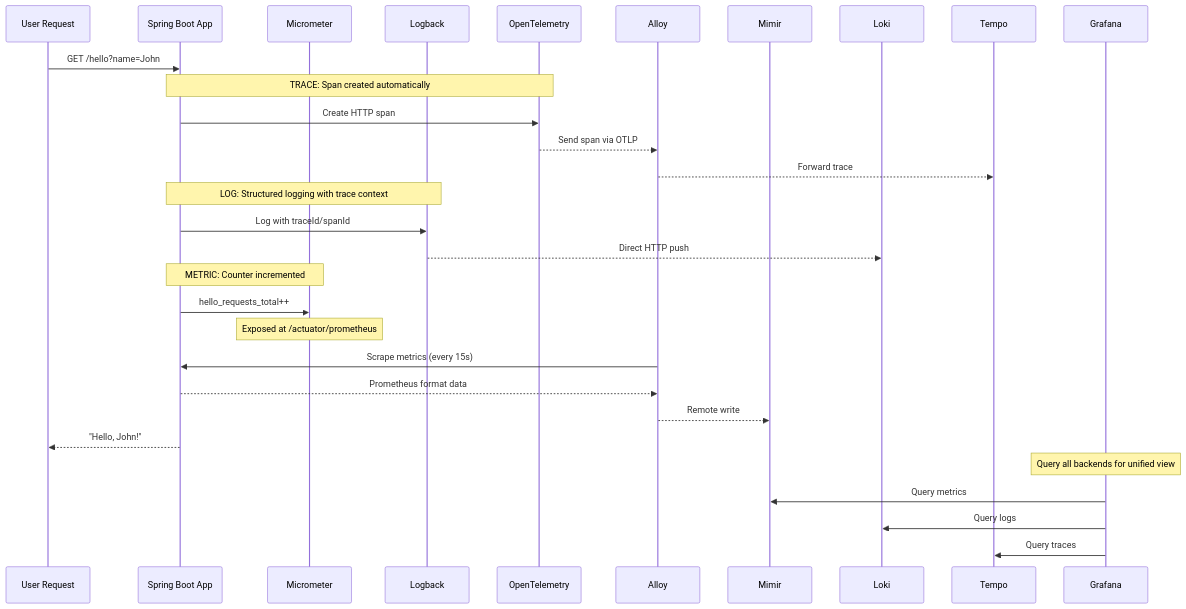
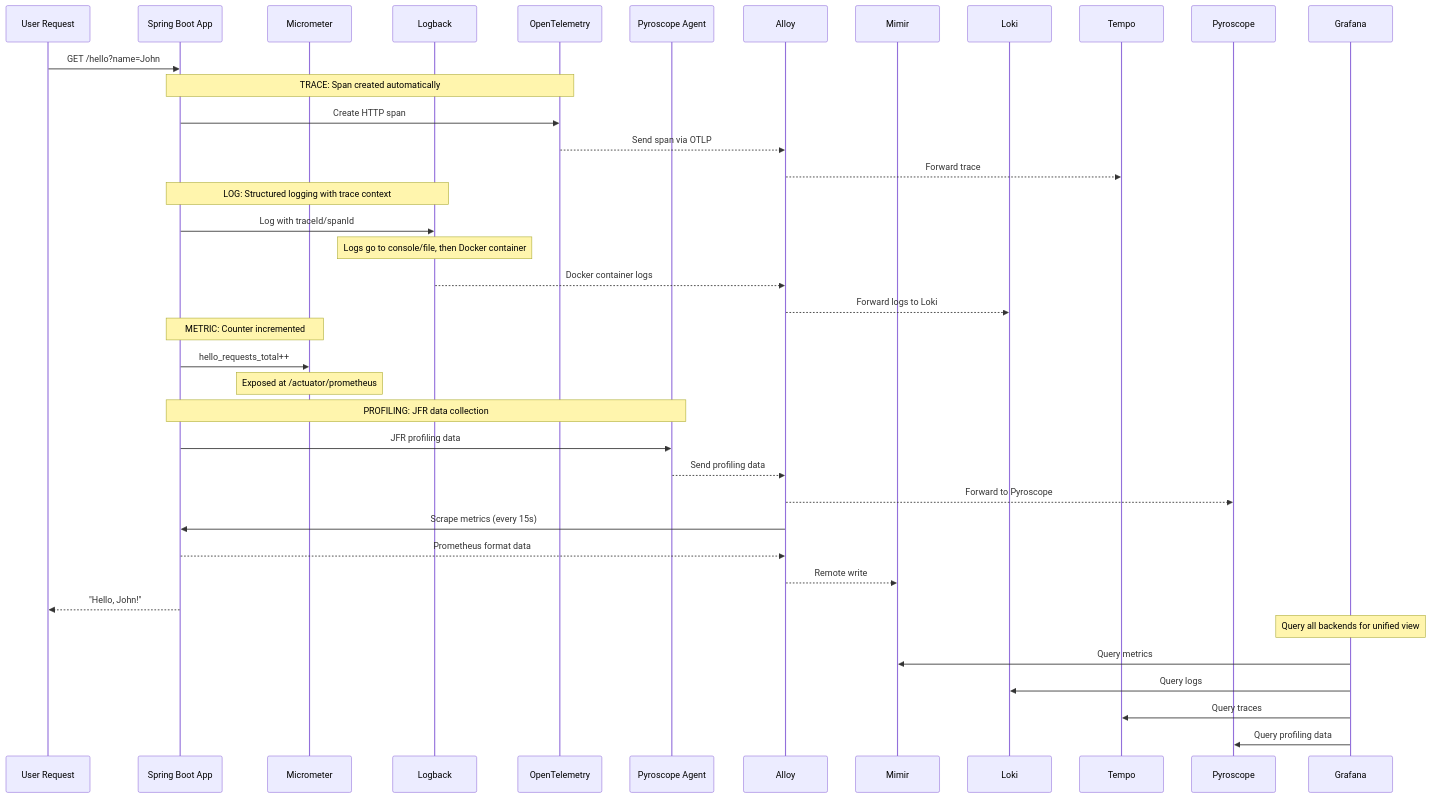
Before and after one commit to ali-v-1985/observability-example: the second of 2 diagrams in docs/observability-architecture.md, drawn with Mermaid. The commit also changed other lines of this file and 21 other files, not shown here.

First line of the commit message:
Update observability architecture and documentation

````diff
--- a/docs/observability-architecture.md
+++ b/docs/observability-architecture.md
@@ -35,39 +44,49 @@
 ```mermaid
 sequenceDiagram
     participant U as User Request
     participant A as Spring Boot App
     participant M as Micrometer
     participant L as Logback
     participant O as OpenTelemetry
+    participant P as Pyroscope Agent
     participant AL as Alloy
     participant MI as Mimir
     participant LO as Loki  
     participant T as Tempo
+    participant PY as Pyroscope
     participant G as Grafana
 
     U->>A: GET /hello?name=John
     
     Note over A,O: TRACE: Span created automatically
     A->>O: Create HTTP span
     O-->>AL: Send span via OTLP
     AL-->>T: Forward trace
     
     Note over A,L: LOG: Structured logging with trace context
     A->>L: Log with traceId/spanId
-    L-->>LO: Direct HTTP push
+    Note over L: Logs go to console/file, then Docker container
+    L-->>AL: Docker container logs
+    AL-->>LO: Forward logs to Loki
     
     Note over A,M: METRIC: Counter incremented
     A->>M: hello_requests_total++
     Note over M: Exposed at /actuator/prometheus
+    
+    Note over A,P: PROFILING: JFR data collection
+    A->>P: JFR profiling data
+    P-->>AL: Send profiling data
+    AL-->>PY: Forward to Pyroscope
     
     AL->>A: Scrape metrics (every 15s)
     A-->>AL: Prometheus format data
     AL-->>MI: Remote write
     
     A-->>U: "Hello, John!"
     
     Note over G: Query all backends for unified view
     G->>MI: Query metrics
     G->>LO: Query logs  
     G->>T: Query traces
+    G->>PY: Query profiling data
 ```
````
